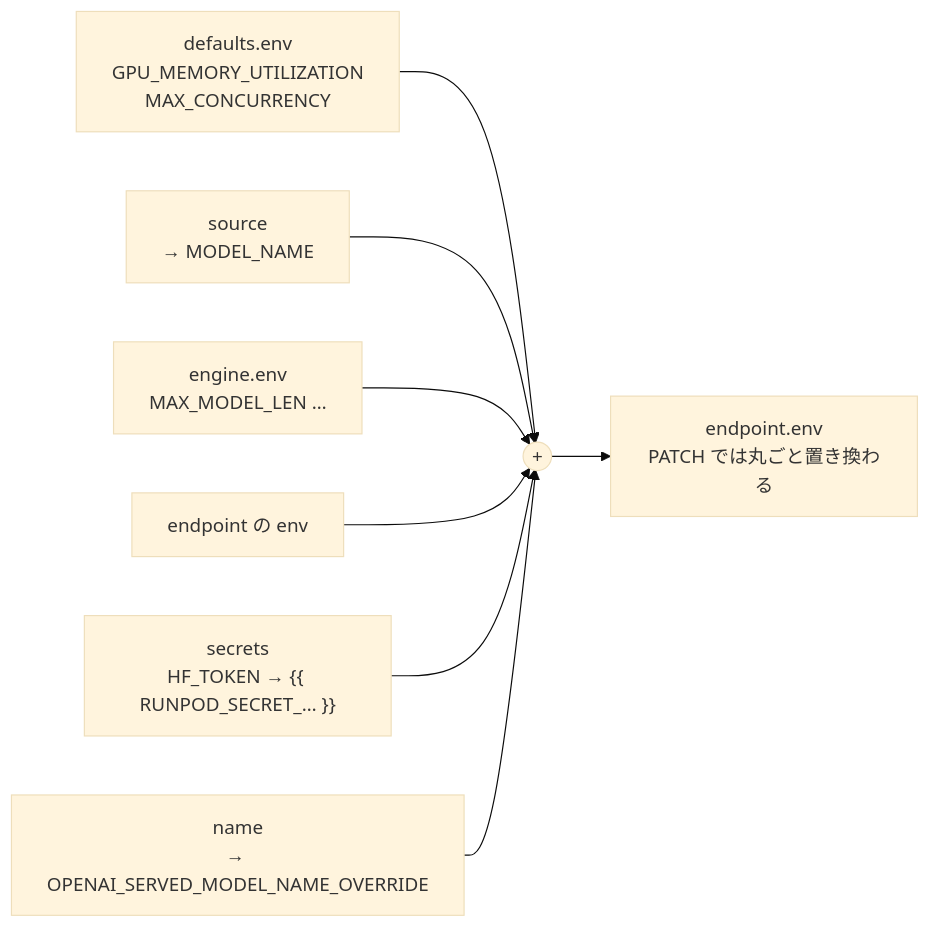
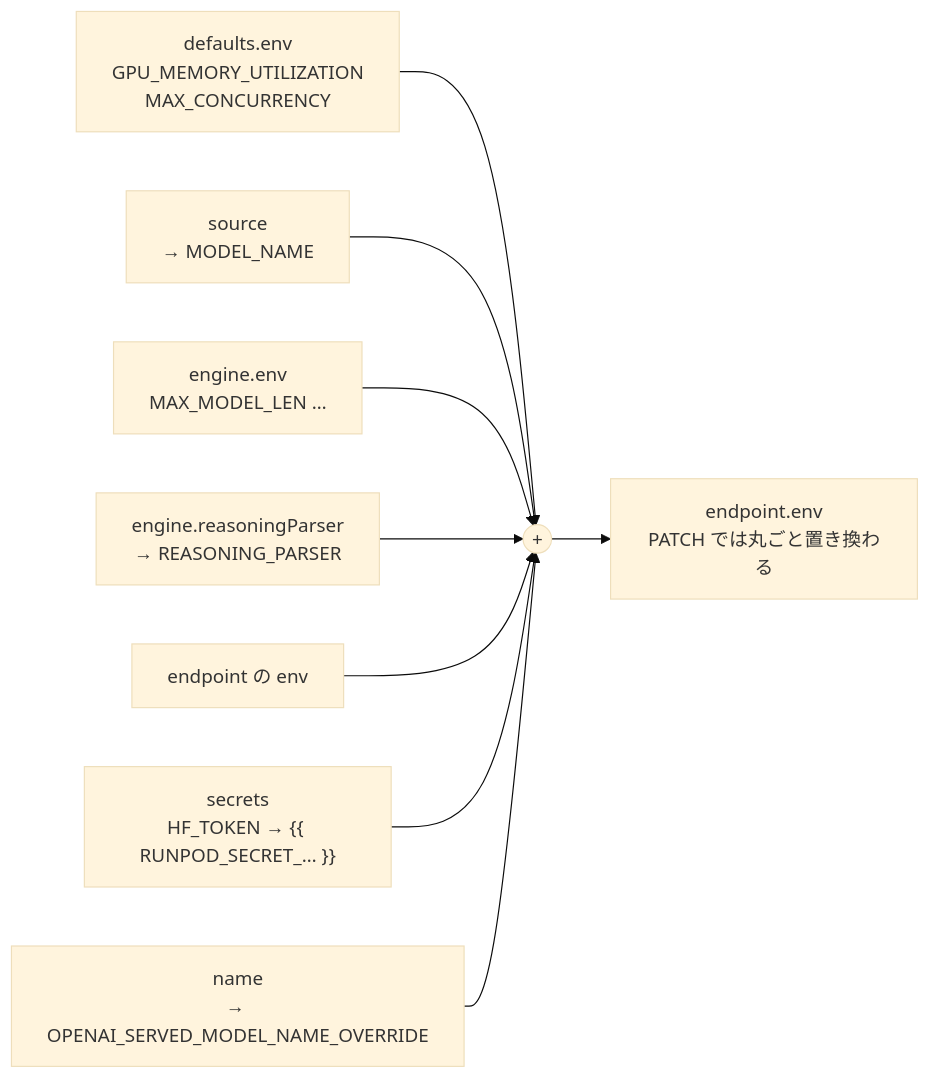
One commit to YuSa0-6/loorel changed the fifth of 7 diagrams in README.md. Above: the diagram before and after it, drawn with Mermaid (base theme). The commit also changed other lines of this file and 6 other files, not shown here.

First line of the commit message:
feat: engine.reasoningParser for thinking models, and say why smoke output differs (#22)

````diff
--- a/README.md
+++ b/README.md
@@ -460,10 +479,11 @@
 ```mermaid
 flowchart LR
   D["defaults.env<br>GPU_MEMORY_UTILIZATION<br>MAX_CONCURRENCY"] --> M(("+"))
   SRC["source<br>→ MODEL_NAME"] --> M
   V["engine.env<br>MAX_MODEL_LEN …"] --> M
+  RP["engine.reasoningParser<br>→ REASONING_PARSER"] --> M
   EP["endpoint の env"] --> M
   S["secrets<br>HF_TOKEN → {{ RUNPOD_SECRET_… }}"] --> M
   N["name<br>→ OPENAI_SERVED_MODEL_NAME_OVERRIDE"] --> M
   M --> E["endpoint.env<br>PATCH では丸ごと置き換わる"]
 ```
````
